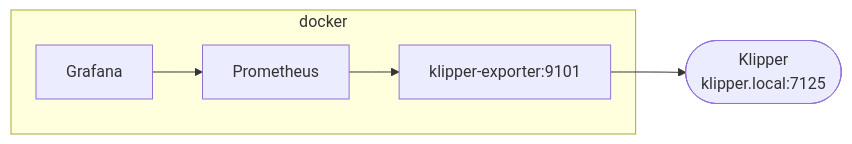
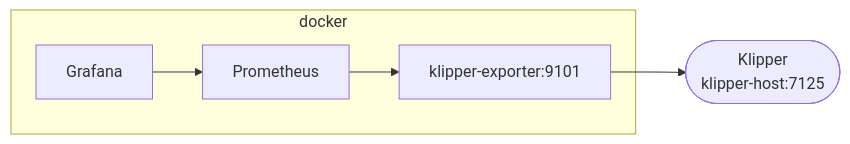
One commit to scross01/prometheus-klipper-exporter changed the diagram in example/README.md. Above: the diagram before and after it, drawn with Mermaid. The commit also changed other lines of this file and 3 other files, not shown here.

````diff
--- a/example/README.md
+++ b/example/README.md
@@ -13,8 +13,8 @@
 ```mermaid
 graph LR;
     subgraph docker
         Grafana-->Prometheus
         Prometheus-->klipper-exporter[klipper-exporter:9101]
     end
-    klipper-exporter-->klipper([Klipper<br/>klipper.local:7125])
+    klipper-exporter-->klipper([Klipper<br/>klipper-host:7125])
 ```
````
